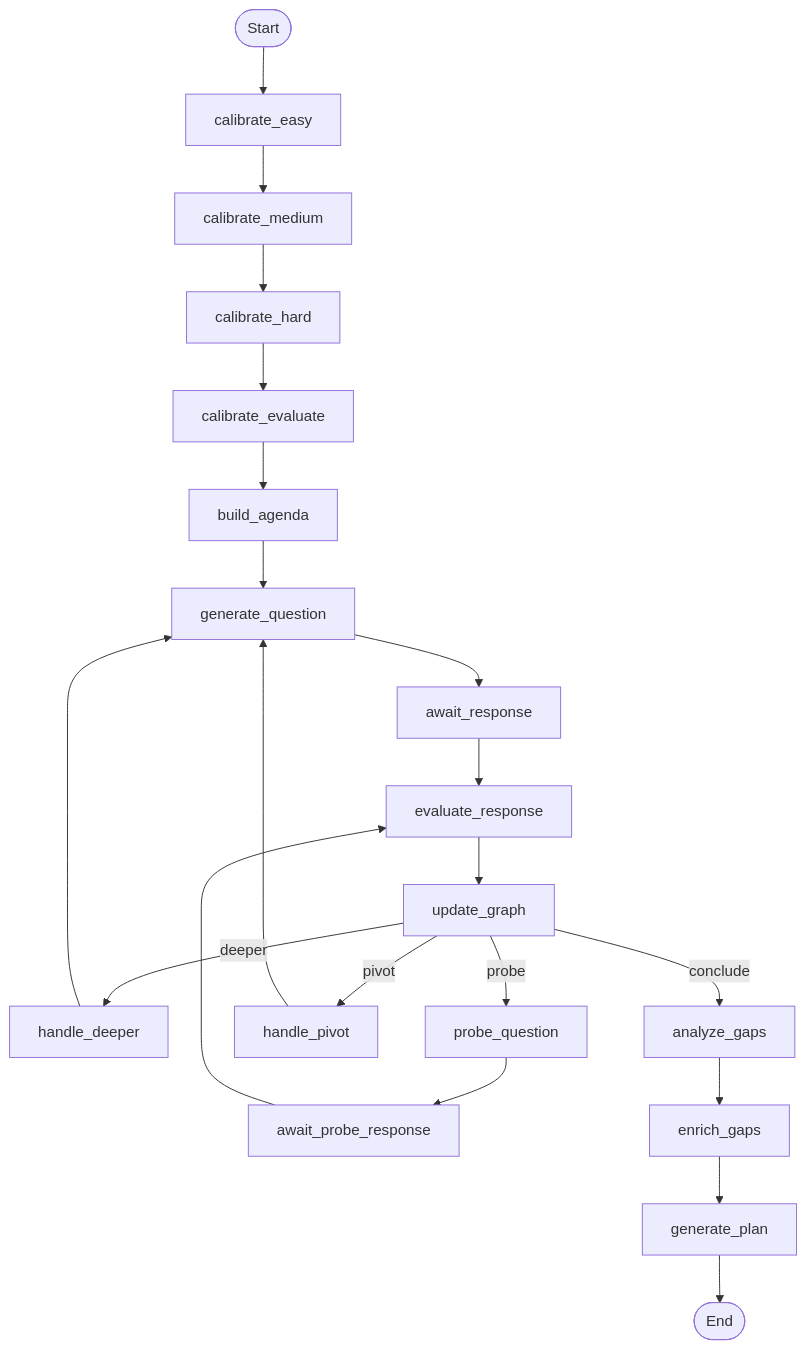
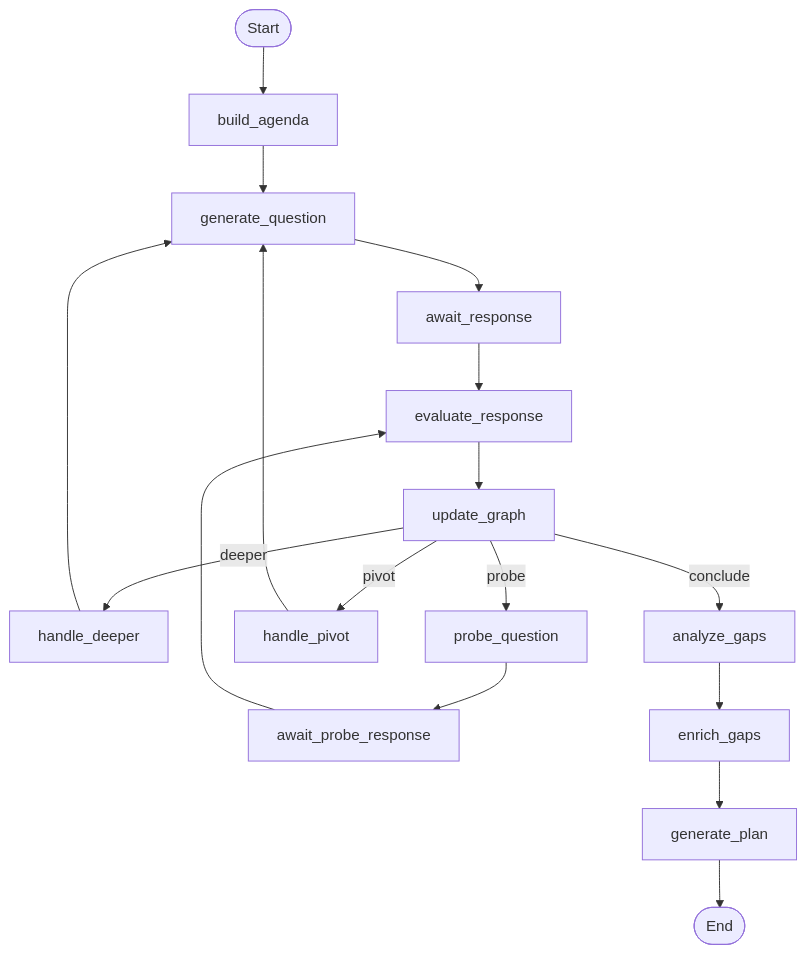
Before and after one commit to onegunsamurai/OpenLearning: the first of 2 diagrams in docs/architecture/assessment-pipeline.md, drawn with Mermaid. The commit also changed other lines of this file and 47 other files, not shown here.

````diff
--- a/docs/architecture/assessment-pipeline.md
+++ b/docs/architecture/assessment-pipeline.md
@@ -11,27 +11,22 @@
 ```mermaid
 graph TD
-    START([Start]) --> CE[calibrate_easy]
-    CE --> CM[calibrate_medium]
-    CM --> CH[calibrate_hard]
-    CH --> CV[calibrate_evaluate]
-
-    CV --> BA[build_agenda]
+    START([Start]) --> BA[build_agenda]
     BA --> GQ[generate_question]
     GQ --> AR[await_response]
     AR --> ER[evaluate_response]
     ER --> UG[update_graph]
 
     UG -->|deeper| HD[handle_deeper]
     UG -->|probe| PQ[probe_question]
     UG -->|pivot| HP[handle_pivot]
     UG -->|conclude| AG[analyze_gaps]
 
     HD --> GQ
     HP --> GQ
     PQ --> APR[await_probe_response]
     APR --> ER
 
     AG --> EG[enrich_gaps]
     EG --> GP[generate_plan]
     GP --> END([End])
 ```
````
